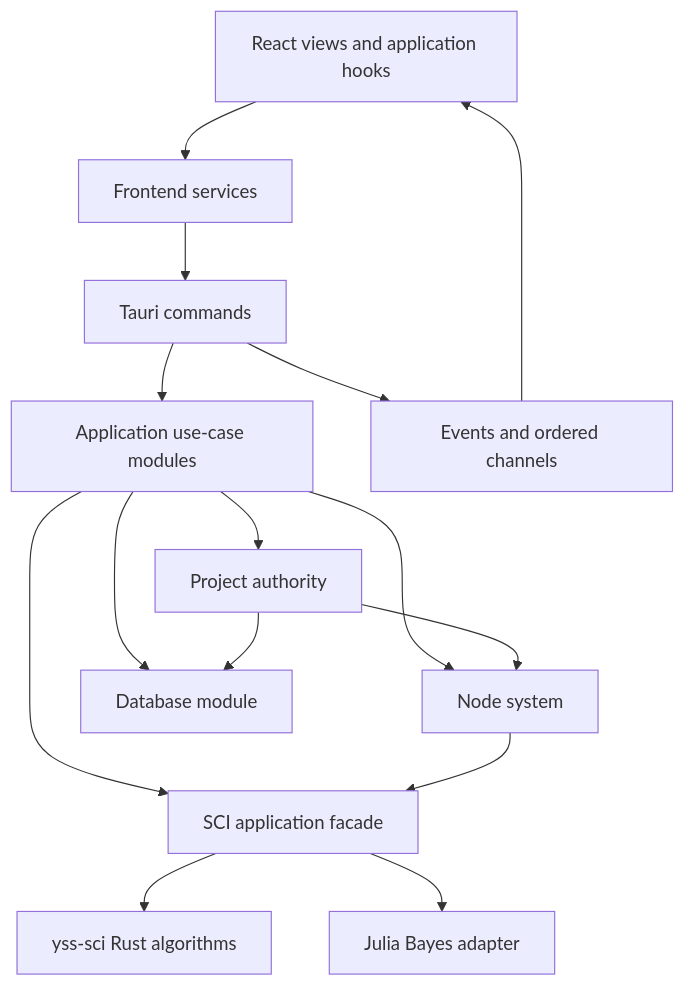
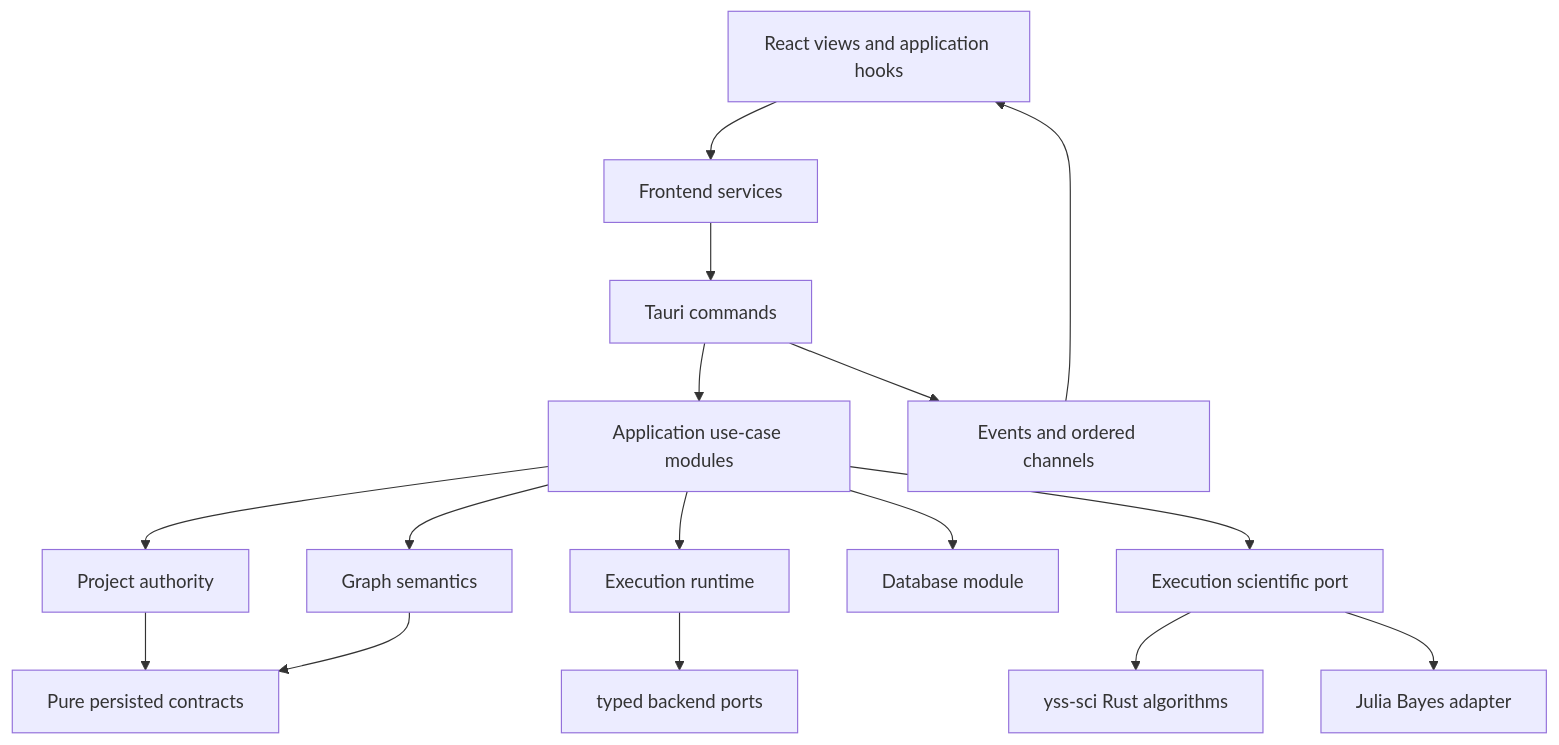
One commit to zhouyi207/YssBI changed the first of 3 diagrams in docs/architecture/ARCHITECTURE.md. Above: the diagram before and after it, drawn with Mermaid. The commit also changed other lines of this file and 1316 other files, not shown here.

First line of the commit message:
refactor(architecture): complete decoupling cutover

````diff
--- a/docs/architecture/ARCHITECTURE.md
+++ b/docs/architecture/ARCHITECTURE.md
@@ -31,17 +31,18 @@
 ```mermaid
 flowchart TD
   UI[React views and application hooks] --> FE[Frontend services]
   FE --> CMD[Tauri commands]
   CMD --> APP[Application use-case modules]
   APP --> PROJECT[Project authority]
-  APP --> NODE[Node system]
+  APP --> GRAPH[Graph semantics]
+  APP --> EXEC[Execution runtime]
   APP --> DB[Database module]
-  APP --> SCI[SCI application facade]
-  PROJECT --> NODE
-  PROJECT --> DB
-  NODE --> SCI
+  APP --> SCI[Execution scientific port]
+  PROJECT --> PURE[Pure persisted contracts]
+  GRAPH --> PURE
+  EXEC --> PORTS[typed backend ports]
   SCI --> RUSTSCI[yss-sci Rust algorithms]
   SCI --> JULIA[Julia Bayes adapter]
   CMD --> CHANNEL[Events and ordered channels]
   CHANNEL --> UI
 ```
````
